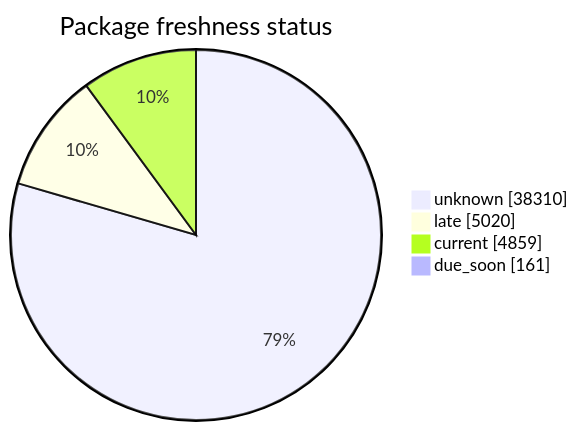
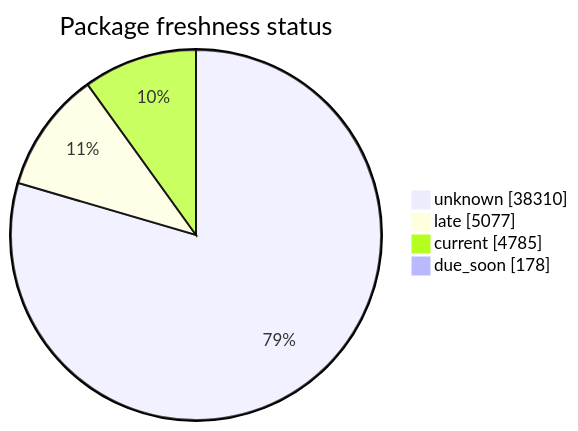
Before and after one commit to open-data/analytics-corporate-reporting: the second of 5 diagrams in FreshCheck/README.md, drawn with Mermaid. The commit also changed other lines of this file and 3 other files, not shown here.

````diff
--- a/FreshCheck/README.md
+++ b/FreshCheck/README.md
@@ -68,7 +68,7 @@
 ```mermaid
 pie showData title Package freshness status
     "unknown": 38310
-    "late": 5020
-    "current": 4859
-    "due_soon": 161
+    "late": 5077
+    "current": 4785
+    "due_soon": 178
 ```
````
